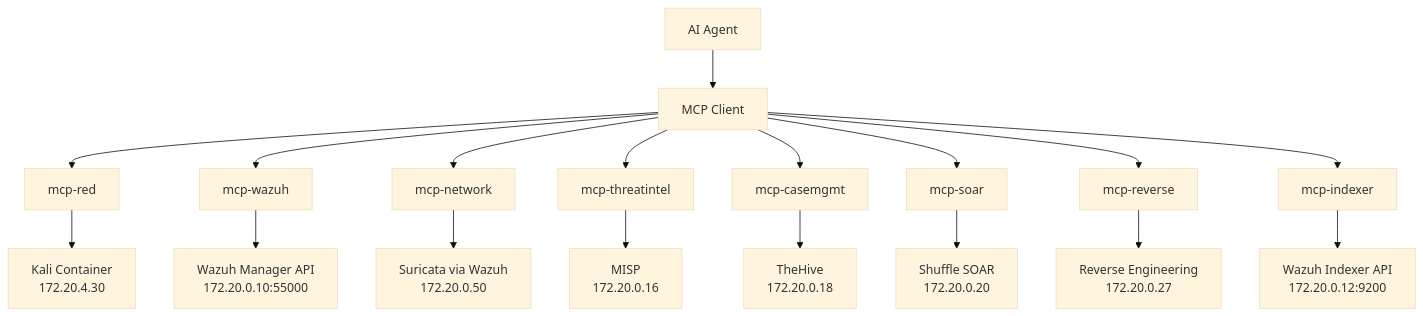
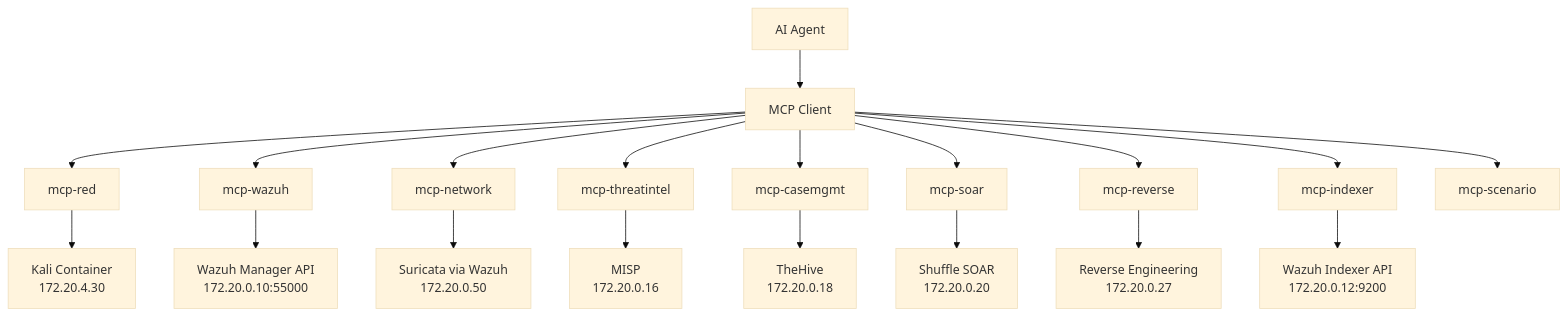
The diagram in docs/components/mcp-integration.md (Brad-Edwards/aptl), drawn with Mermaid (base theme) before and after one commit. The commit also changed other lines of this file and 30 other files, not shown here.

First line of the commit message:
Add MCP server for scenario creation and validation

````diff
--- a/docs/components/mcp-integration.md
+++ b/docs/components/mcp-integration.md
@@ -7,21 +7,22 @@
 ```mermaid
 flowchart TD
     A[AI Agent] --> B[MCP Client]
     B --> C[mcp-red]
     B --> D[mcp-wazuh]
     B --> E[mcp-network]
     B --> F[mcp-threatintel]
     B --> G[mcp-casemgmt]
     B --> I[mcp-soar]
     B --> J[mcp-reverse]
     B --> K[mcp-indexer]
+    B --> SC[mcp-scenario]
 
     C --> L[Kali Container<br/>172.20.4.30]
     D --> M[Wazuh Manager API<br/>172.20.0.10:55000]
     K --> N[Wazuh Indexer API<br/>172.20.0.12:9200]
     E --> O[Suricata via Wazuh<br/>172.20.0.50]
     F --> P[MISP<br/>172.20.0.16]
     G --> Q[TheHive<br/>172.20.0.18]
     I --> R[Shuffle SOAR<br/>172.20.0.20]
     J --> S[Reverse Engineering<br/>172.20.0.27]
 ```
````
